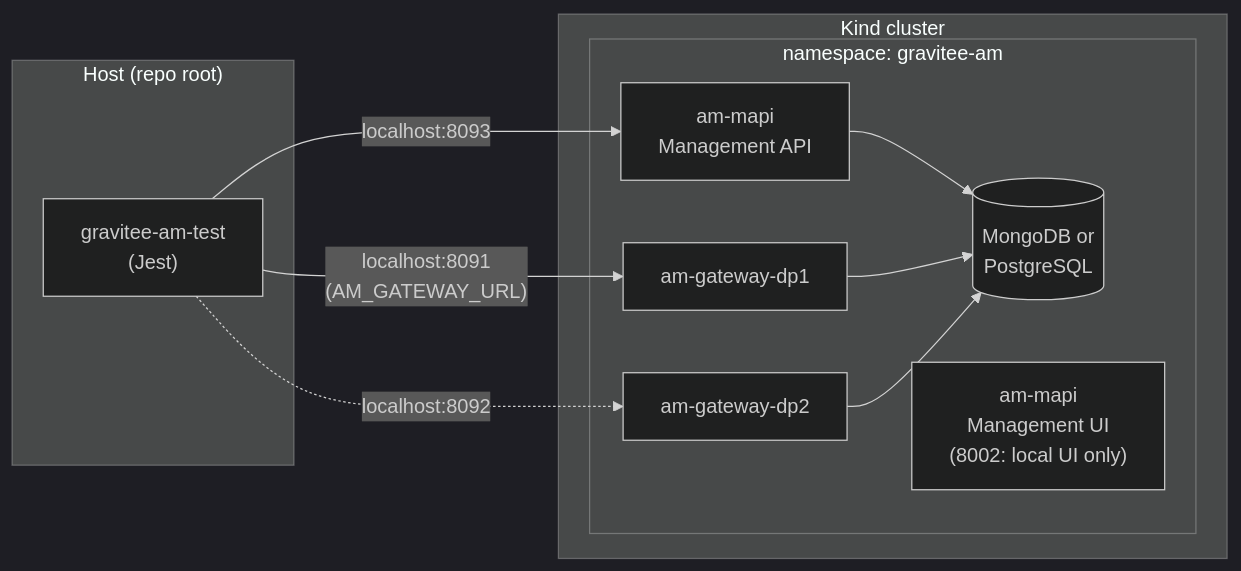
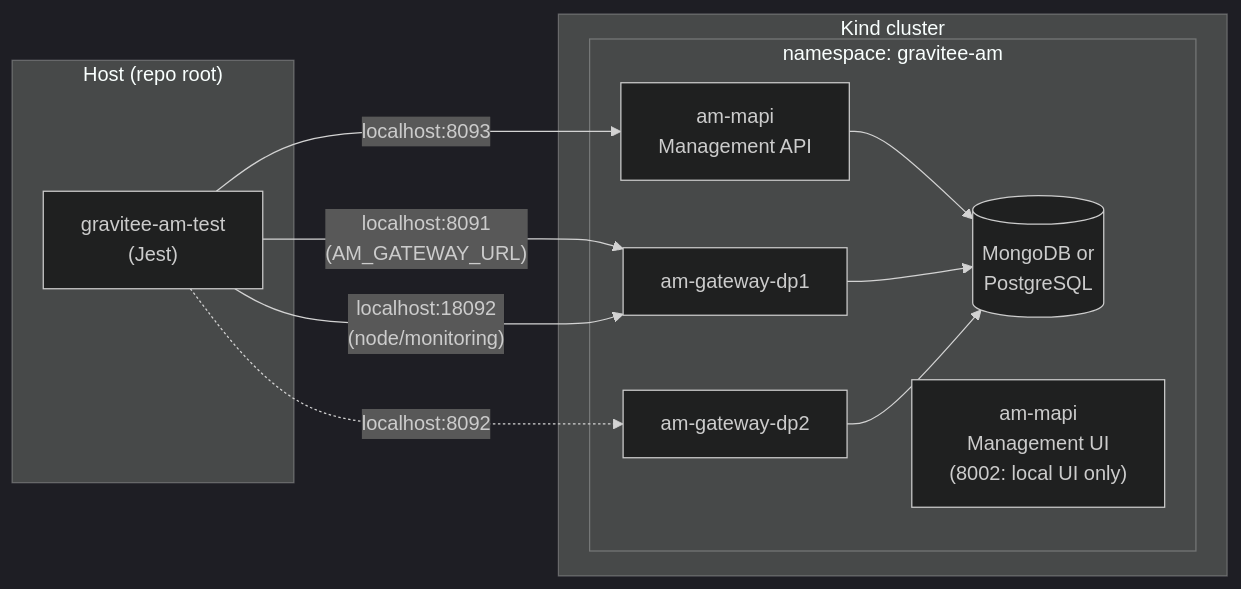
Before and after one commit to gravitee-io/gravitee-access-management: the diagram in scripts/migration-tool/README.md, drawn with Mermaid (dark theme). The commit also changed other lines of this file and 6 other files, not shown here.

````diff
--- a/scripts/migration-tool/README.md
+++ b/scripts/migration-tool/README.md
@@ -52,24 +52,25 @@
 ```mermaid
 flowchart LR
     subgraph host["Host (repo root)"]
         Jest["gravitee-am-test\n(Jest)"]
     end
 
     subgraph kind["Kind cluster"]
         subgraph ns["namespace: gravitee-am"]
             DB[(MongoDB or\nPostgreSQL)]
             MAPI["am-mapi\nManagement API"]
             UI["am-mapi\nManagement UI\n(8002: local UI only)"]
             DP1["am-gateway-dp1"]
             DP2["am-gateway-dp2"]
         end
     end
 
     MAPI --> DB
     DP1 --> DB
     DP2 --> DB
 
     Jest -->|"localhost:8093"| MAPI
     Jest -->|"localhost:8091\n(AM_GATEWAY_URL)"| DP1
+    Jest -->|"localhost:18092\n(node/monitoring)"| DP1
     Jest -.->|"localhost:8092"| DP2
 ```
````
